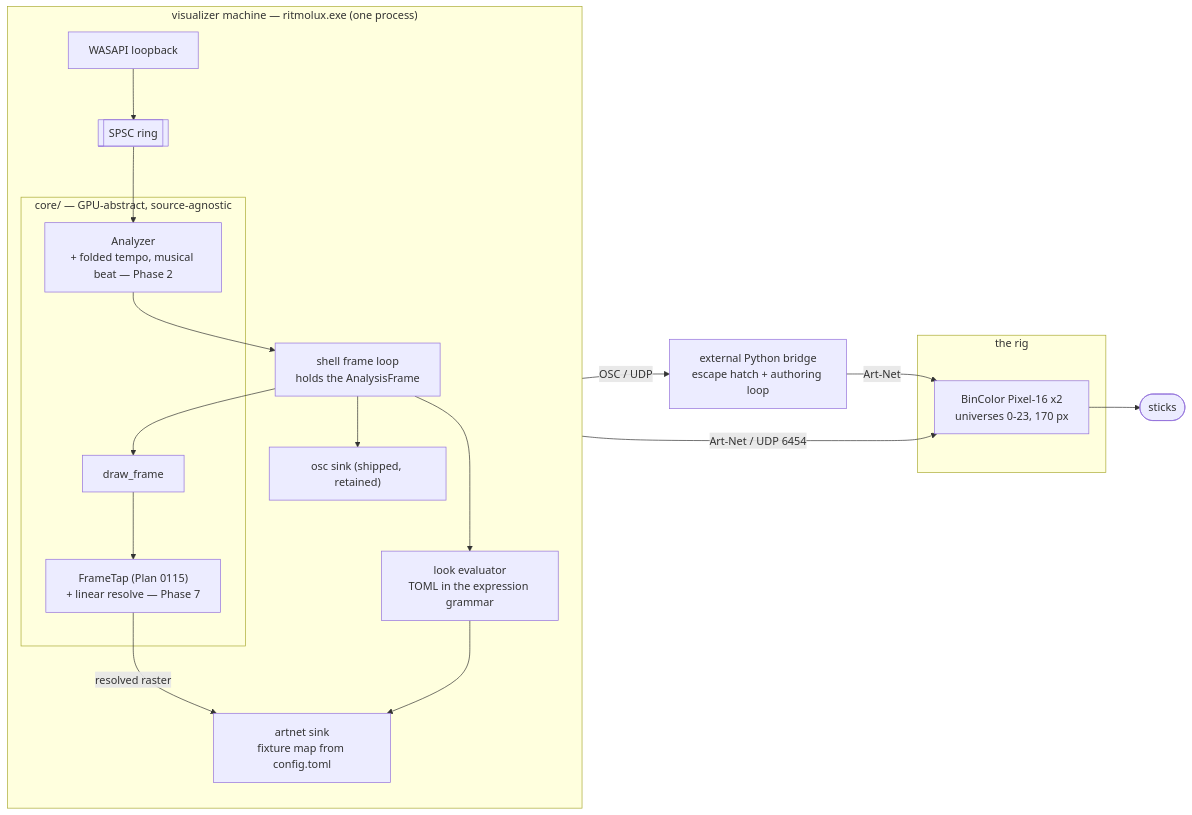
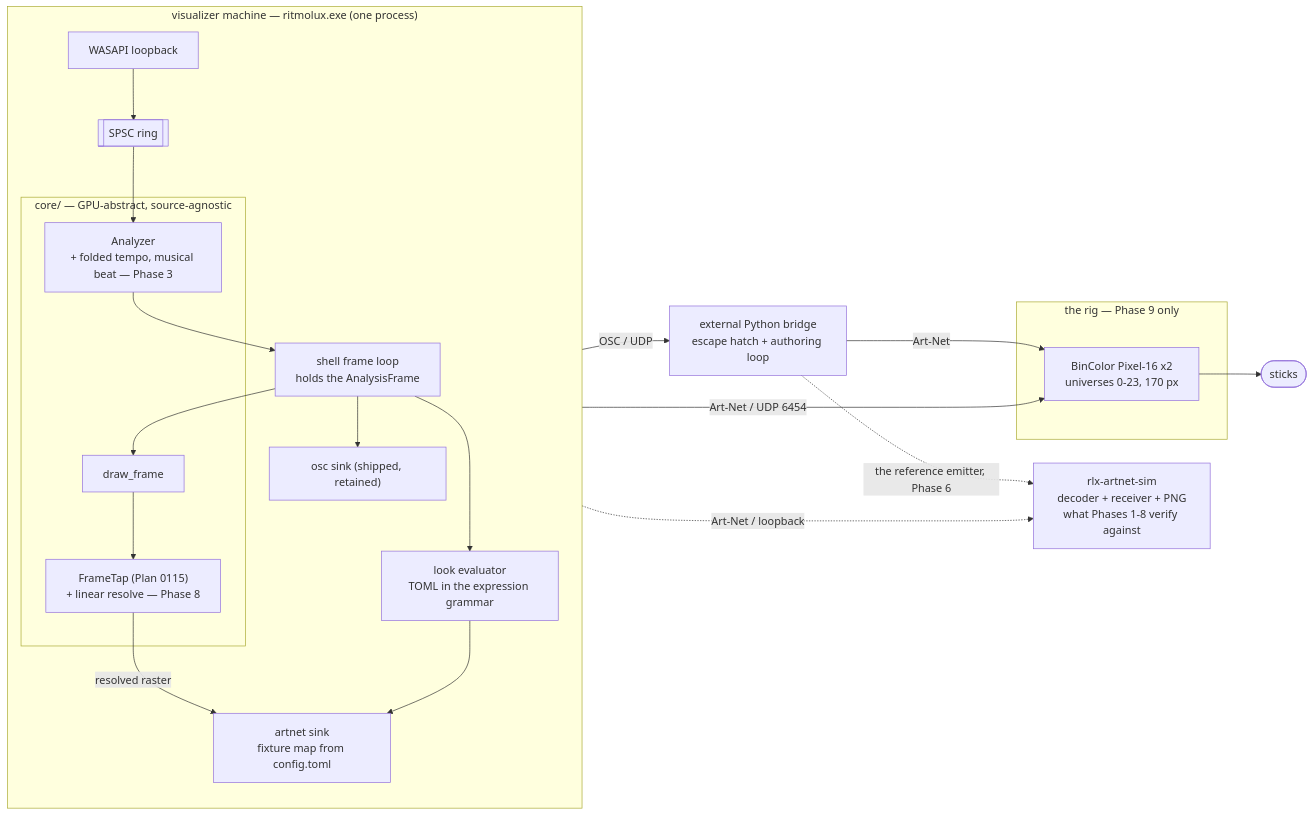
One commit to IgorKonovalov/Ritmolux changed the diagram in docs/plans/0133-the-engine-drives-the-lights.md. Above: the diagram before and after it, drawn with Mermaid. The commit also changed other lines of this file and 3 other files, not shown here.

````diff
--- a/docs/plans/0133-the-engine-drives-the-lights.md
+++ b/docs/plans/0133-the-engine-drives-the-lights.md
@@ -62,29 +72,32 @@
 ```mermaid
 flowchart LR
     subgraph vis["visualizer machine — ritmolux.exe (one process)"]
         direction TB
         wasapi["WASAPI loopback"]
         ring[["SPSC ring"]]
         subgraph core["core/ — GPU-abstract, source-agnostic"]
-            an["Analyzer<br/>+ folded tempo, musical beat — Phase 2"]
+            an["Analyzer<br/>+ folded tempo, musical beat — Phase 3"]
             df["draw_frame"]
-            tap["FrameTap (Plan 0115)<br/>+ linear resolve — Phase 7"]
+            tap["FrameTap (Plan 0115)<br/>+ linear resolve — Phase 8"]
         end
         loop["shell frame loop<br/>holds the AnalysisFrame"]
         look["look evaluator<br/>TOML in the expression grammar"]
         artnet["artnet sink<br/>fixture map from config.toml"]
         osc["osc sink (shipped, retained)"]
     end
-    subgraph rig["the rig"]
+    subgraph rig["the rig — Phase 9 only"]
         nodes["BinColor Pixel-16 x2<br/>universes 0-23, 170 px"]
     end
+    sim["rlx-artnet-sim<br/>decoder + receiver + PNG<br/>what Phases 1-8 verify against"]
     lamps(["sticks"])
     bridge["external Python bridge<br/>escape hatch + authoring loop"]
 
     wasapi --> ring --> an --> loop
     loop --> df --> tap -->|"resolved raster"| artnet
     loop --> look --> artnet
     loop --> osc
     artnet -->|"Art-Net / UDP 6454"| nodes --> lamps
+    artnet -.->|"Art-Net / loopback"| sim
     osc -->|"OSC / UDP"| bridge -->|"Art-Net"| nodes
+    bridge -.->|"the reference emitter, Phase 6"| sim
 ```
````
